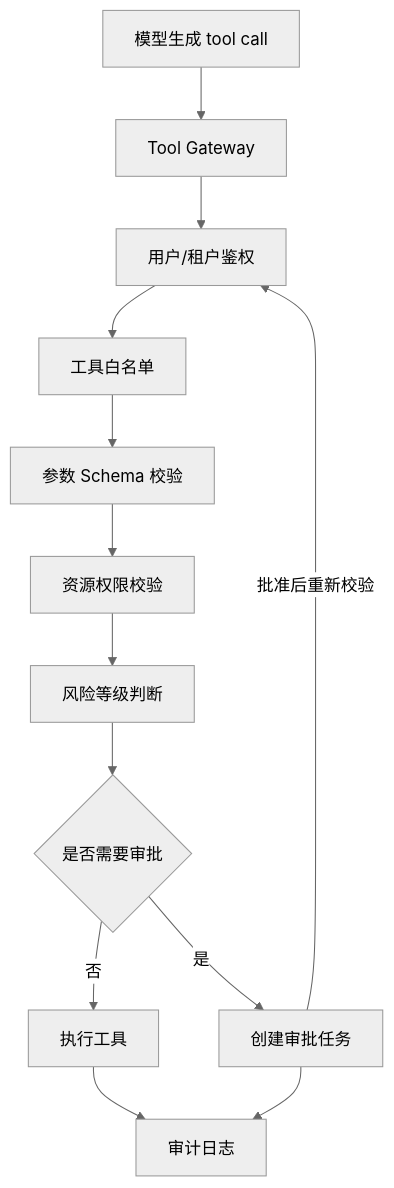
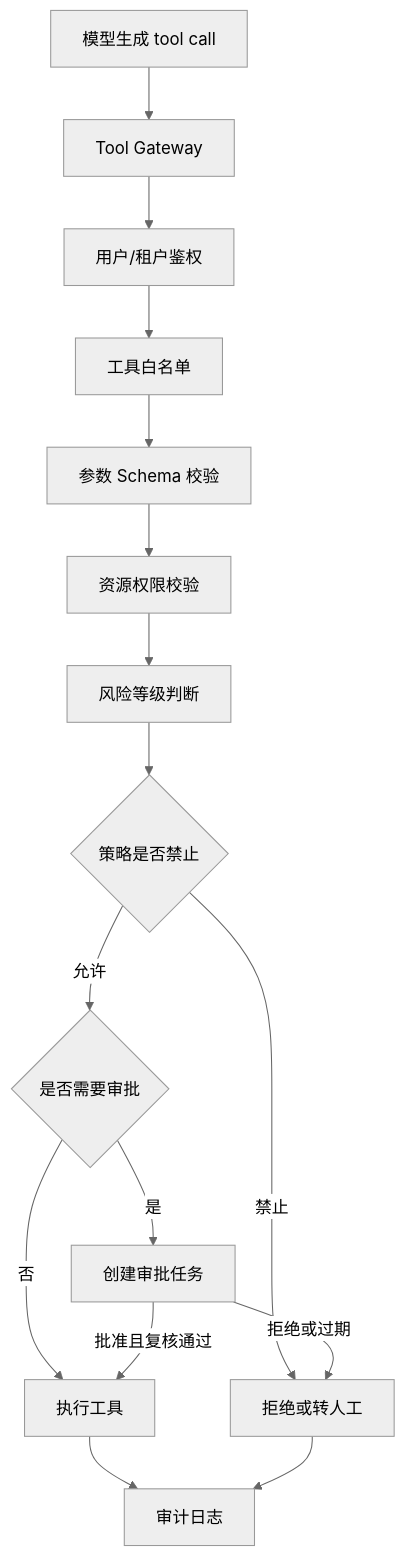
The third of 3 diagrams in 10-AI应用开发/08-项目实战/07-项目-业务Agent系统.md (GuoWWWX/knowledge-base), drawn with Mermaid (neutral theme) before and after one commit. The commit also changed other lines of this file and 368 other files, not shown here.

````diff
--- a/10-AI应用开发/08-项目实战/07-项目-业务Agent系统.md
+++ b/10-AI应用开发/08-项目实战/07-项目-业务Agent系统.md
@@ -119,15 +126,18 @@
 ```mermaid
 flowchart TD
 A[模型生成 tool call] --> B[Tool Gateway]
 B --> C[用户/租户鉴权]
 C --> D[工具白名单]
 D --> E[参数 Schema 校验]
 E --> F[资源权限校验]
 F --> G[风险等级判断]
-G --> H{是否需要审批}
+G --> Z{策略是否禁止}
+Z -->|禁止| X[拒绝或转人工]
+Z -->|允许| H{是否需要审批}
 H -->|否| I[执行工具]
 H -->|是| J[创建审批任务]
+J -->|批准且复核通过| I
+J -->|拒绝或过期| X
 I --> K[审计日志]
-J -->|批准后重新校验| C
-J --> K
+X --> K
 ```
````
